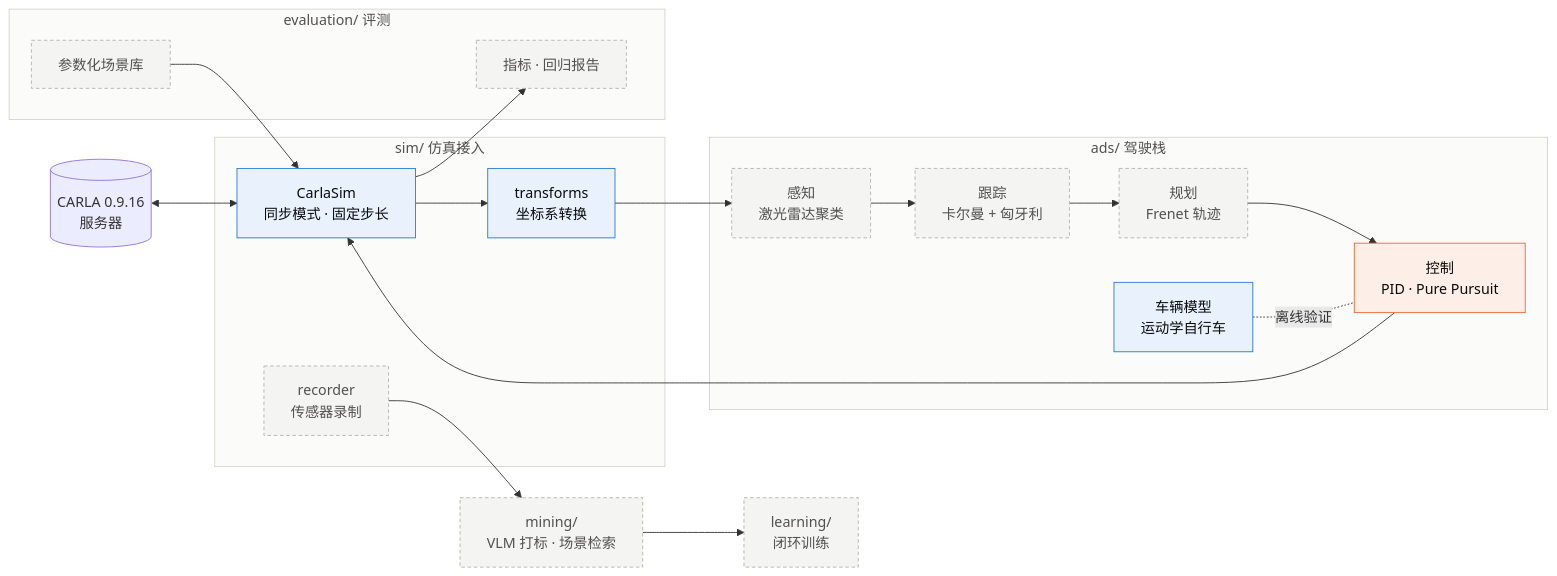
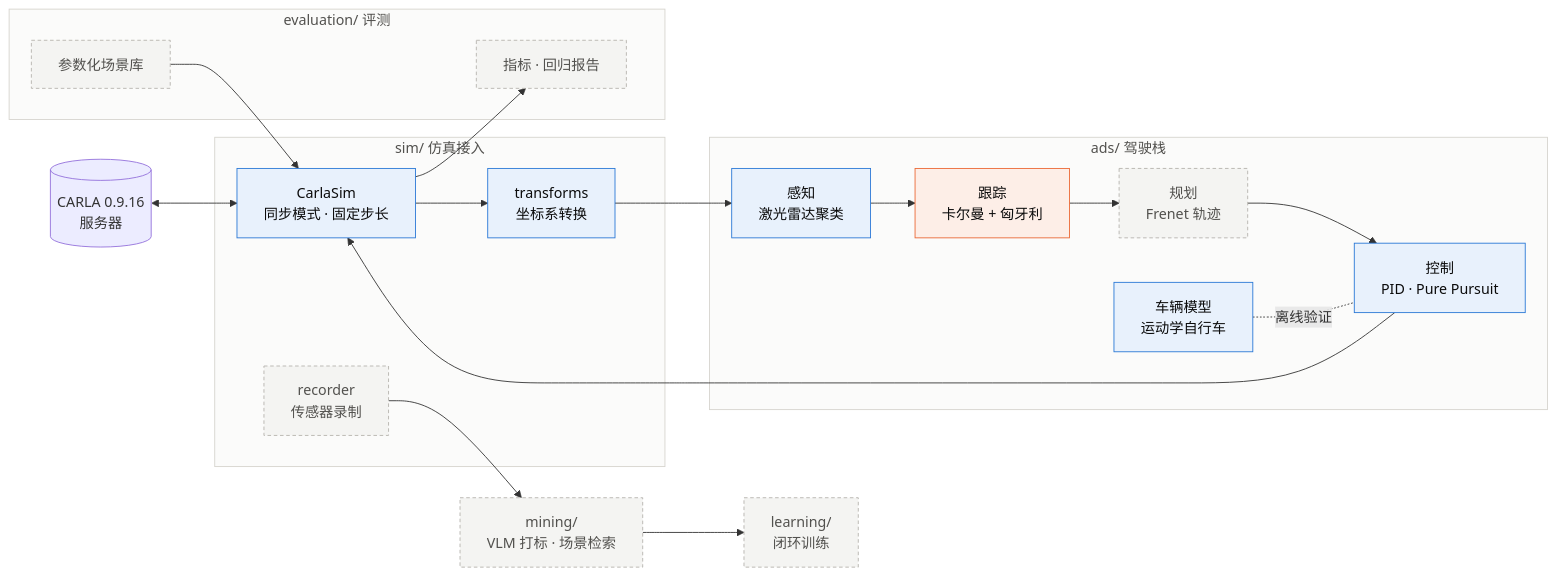
The diagram in README.md (chasen2041maker/highway-sim-eval), drawn with Mermaid before and after one commit. The commit also changed other lines of this file and 2 other files, not shown here.

````diff
--- a/README.md
+++ b/README.md
@@ -68,40 +76,40 @@
 ```mermaid
 flowchart LR
     CARLA[("CARLA 0.9.16<br/>服务器")]
 
     subgraph SIM["sim/ 仿真接入"]
         C["CarlaSim<br/>同步模式 · 固定步长"]
         T["transforms<br/>坐标系转换"]
         R["recorder<br/>传感器录制"]
     end
 
     subgraph ADS["ads/ 驾驶栈"]
         P["感知<br/>激光雷达聚类"]
         K["跟踪<br/>卡尔曼 + 匈牙利"]
         PL["规划<br/>Frenet 轨迹"]
         CT["控制<br/>PID · Pure Pursuit"]
         V["车辆模型<br/>运动学自行车"]
     end
 
     subgraph EVAL["evaluation/ 评测"]
         S["参数化场景库"]
         M["指标 · 回归报告"]
     end
 
     CARLA <--> C
     C --> T --> P --> K --> PL --> CT --> C
     V -. 离线验证 .- CT
     S --> C
     C --> M
     R --> MINE["mining/<br/>VLM 打标 · 场景检索"] --> L["learning/<br/>闭环训练"]
 
     style SIM fill:#fbfbfa,stroke:#d6d4ce,color:#52514e
     style ADS fill:#fbfbfa,stroke:#d6d4ce,color:#52514e
     style EVAL fill:#fbfbfa,stroke:#d6d4ce,color:#52514e
     classDef done fill:#e8f1fc,stroke:#2a78d6,color:#0b0b0b
     classDef doing fill:#fdeee7,stroke:#eb6834,color:#0b0b0b
     classDef todo fill:#f4f4f2,stroke:#b5b3ad,color:#52514e,stroke-dasharray:4 3
-    class C,T,V done
-    class CT doing
-    class R,P,K,PL,S,M,MINE,L todo
+    class C,T,V,CT,P done
+    class K doing
+    class R,PL,S,M,MINE,L todo
 ```
````
